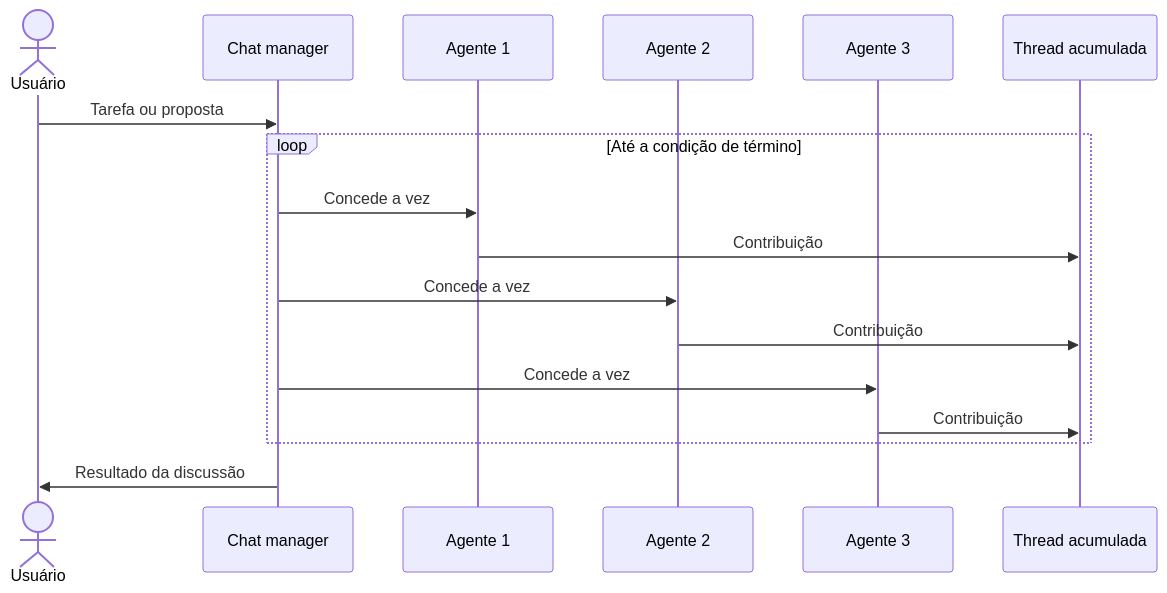
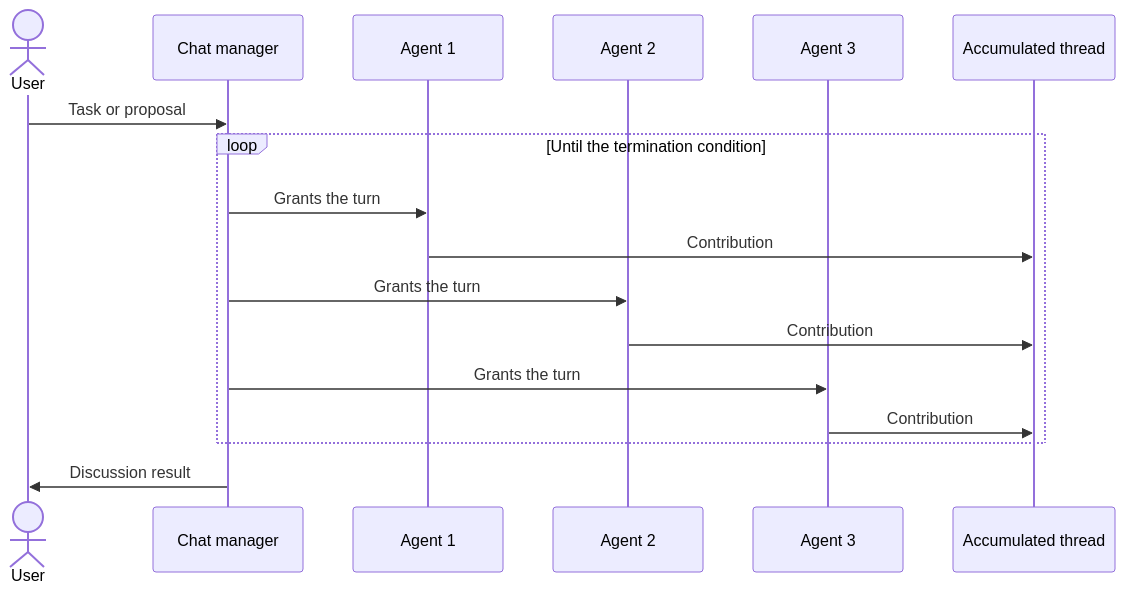
One commit to alancesar/design-patterns changed the diagram in docs/ai/agent-orchestration/dynamic-orchestration/group-chat-orchestration.md. Above: the diagram before and after it, drawn with Mermaid. The commit also changed 258 other files, not shown here.

First line of the commit message:
Translate Mermaid diagrams to English

````diff
--- a/docs/ai/agent-orchestration/dynamic-orchestration/group-chat-orchestration.md
+++ b/docs/ai/agent-orchestration/dynamic-orchestration/group-chat-orchestration.md
@@ -63,19 +63,19 @@
 ```mermaid
 sequenceDiagram
-    actor U as Usuário
+    actor U as User
     participant M as Chat manager
-    participant A1 as Agente 1
-    participant A2 as Agente 2
-    participant A3 as Agente 3
-    participant T as Thread acumulada
-    U->>M: Tarefa ou proposta
-    loop Até a condição de término
-        M->>A1: Concede a vez
-        A1->>T: Contribuição
-        M->>A2: Concede a vez
-        A2->>T: Contribuição
-        M->>A3: Concede a vez
-        A3->>T: Contribuição
+    participant A1 as Agent 1
+    participant A2 as Agent 2
+    participant A3 as Agent 3
+    participant T as Accumulated thread
+    U->>M: Task or proposal
+    loop Until the termination condition
+        M->>A1: Grants the turn
+        A1->>T: Contribution
+        M->>A2: Grants the turn
+        A2->>T: Contribution
+        M->>A3: Grants the turn
+        A3->>T: Contribution
     end
-    M->>U: Resultado da discussão
+    M->>U: Discussion result
 ```
````
